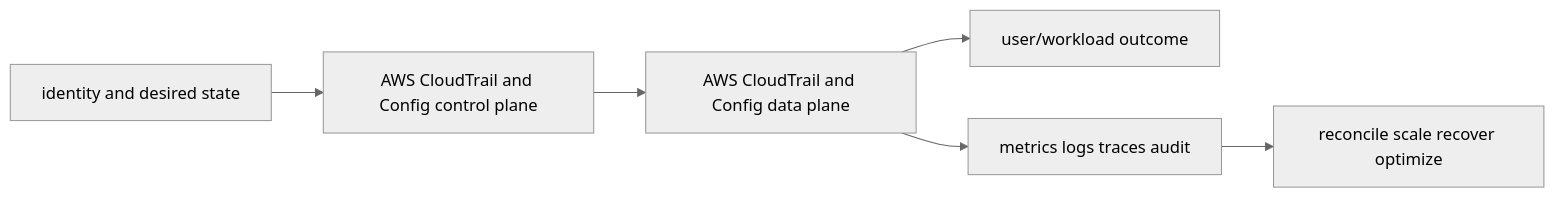
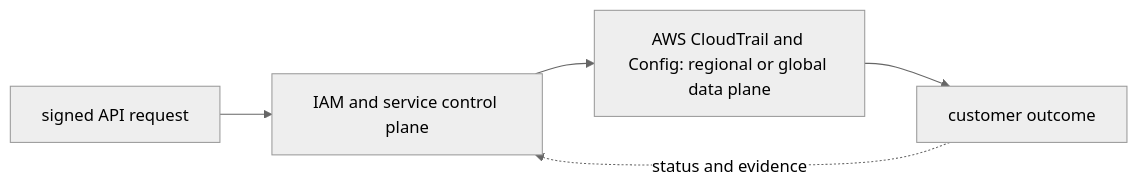
One commit to tomkidumbuyo/DevOps-interview-preparation changed the diagram in 07-aws/09-security-operations/06-cloudtrail-config/README.md. Above: the diagram before and after it, drawn with Mermaid (neutral theme). The commit also changed other lines of this file and 753 other files, not shown here.

````diff
--- a/07-aws/09-security-operations/06-cloudtrail-config/README.md
+++ b/07-aws/09-security-operations/06-cloudtrail-config/README.md
@@ -19,8 +31,7 @@
 ```mermaid
 flowchart LR
-  I[identity and desired state] --> C[AWS CloudTrail and Config control plane]
-  C --> D[AWS CloudTrail and Config data plane]
-  D --> U[user/workload outcome]
-  D --> O[metrics logs traces audit]
-  O --> R[reconcile scale recover optimize]
+  A["signed API request"] --> B["IAM and service control plane"]
+  B --> C["AWS CloudTrail and Config: regional or global data plane"]
+  C --> D["customer outcome"]
+  D -. "status and evidence" .-> B
 ```
````
